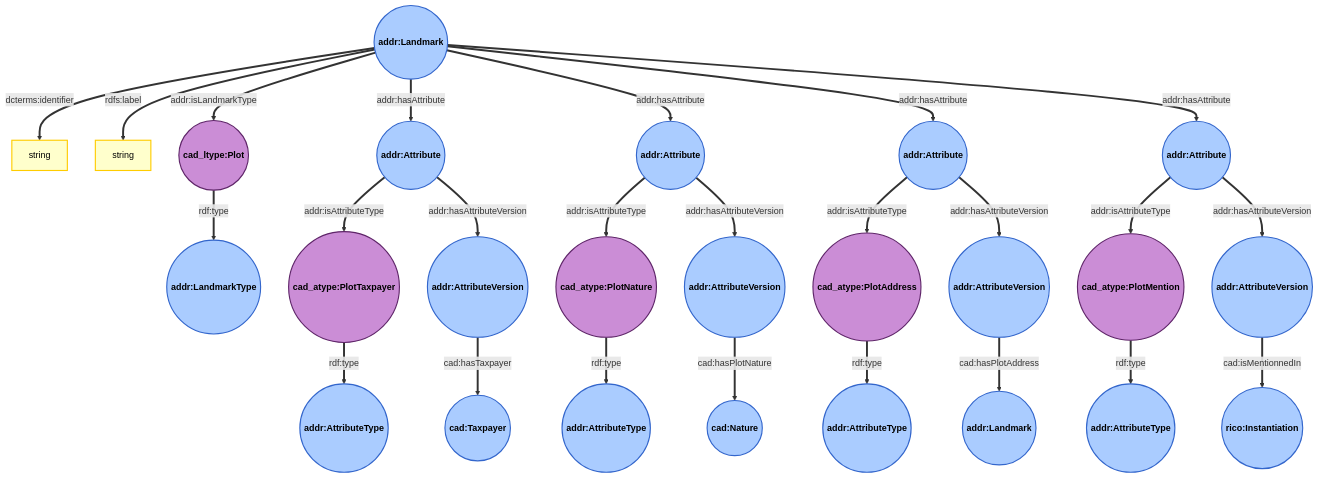
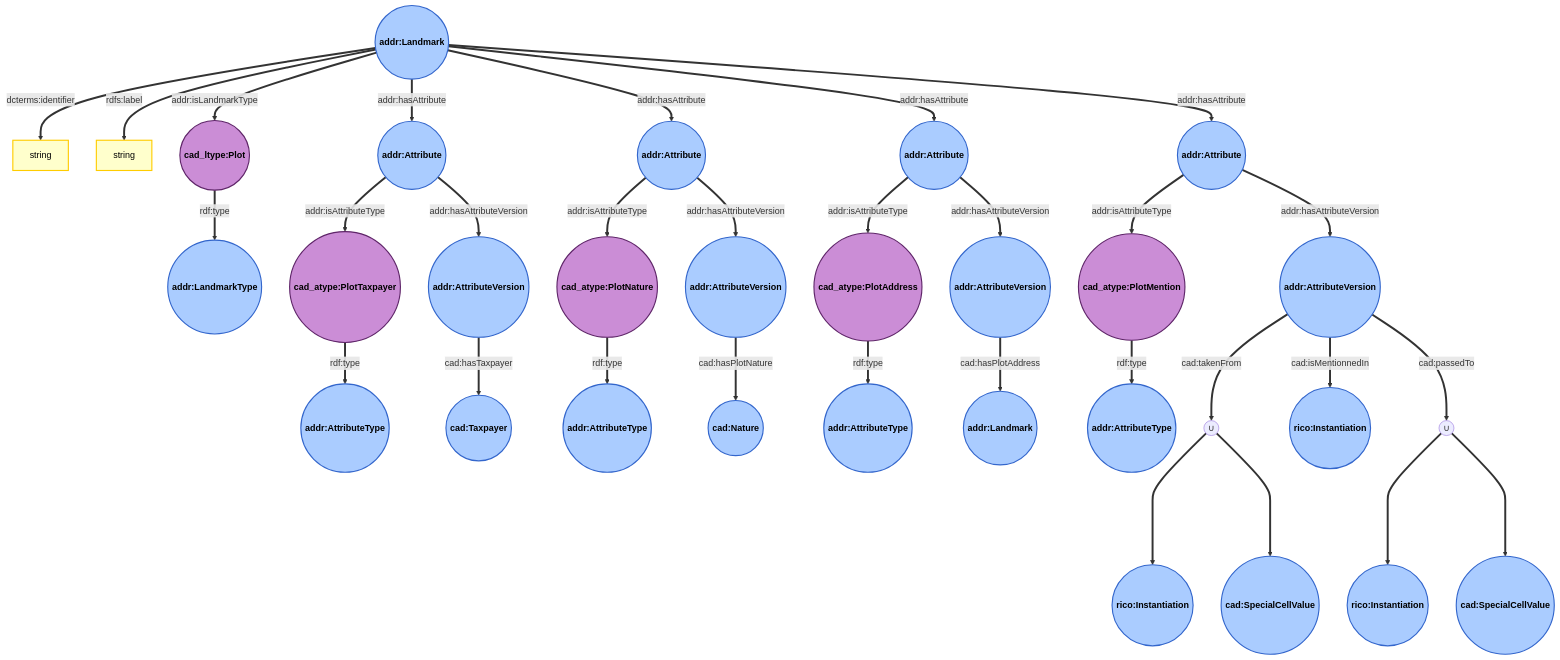
Before and after one commit to umrlastig/pegazus-ontology: the diagram in ontology/documentation/addresses_land_registry_extension/plots_schema.md, drawn with Mermaid. The commit also changed other lines of this file, not shown here.

Commit message:
Update land registry landmark documentation

````diff
--- a/ontology/documentation/addresses_land_registry_extension/plots_schema.md
+++ b/ontology/documentation/addresses_land_registry_extension/plots_schema.md
@@ -17,6 +17,8 @@
     PlotLabel["string"]
     PlotType(("cad_ltype:Plot"))
     addrLandmarkType(("addr:LandmarkType"))
+    UnionNodePrev(("∪"))
+    UnionNodeNext(("∪"))
 
     %%PlotSectionLR
     %%SectionId["string"]
@@ -49,6 +51,10 @@
     NatureValue(("cad:Nature"))
     AddressValue(("addr:Landmark"))
     MentionValue(("rico:Instantiation"))
+    PrevMentionValue(("rico:Instantiation"))
+    PrevSpecValue(("cad:SpecialCellValue"))
+    NextMentionValue(("rico:Instantiation"))
+    NextSpecValue(("cad:SpecialCellValue"))
 
     %% 2. Connect the unique IDs
     
@@ -80,9 +86,15 @@
     MentionAtt == "addr:isAttributeType" ==> MentionAttT
     MentionAttT == "rdf:type" ==> addrAttributeTypeM
     MentionAtt == "addr:hasAttributeVersion" ==> MentionAttV
+    MentionAttV == "cad:takenFrom" ==> UnionNodePrev
+    UnionNodePrev ====> PrevMentionValue
+    UnionNodePrev ====> PrevSpecValue
     MentionAttV == "cad:isMentionnedIn" ==> MentionValue
+    MentionAttV == "cad:passedTo" ==> UnionNodeNext
+    UnionNodeNext ====> NextMentionValue
+    UnionNodeNext ====> NextSpecValue
 
-    %% 3. Apply WebVOWL Style
+    %% 3. Style
     classDef vowlClass fill:#aaccff,stroke:#3366cc,stroke-width:2px,color:#000,font-weight:bold;
 
     classDef vowlClassInstance fill:#CB8DD6,stroke:#5F2569,stroke-width:2px,color:#000,font-weight:bold;
@@ -91,10 +103,16 @@
 
     classDef vowlThing fill:#f5f5f5,stroke:#999999,stroke-width:2px,stroke-dasharray: 4,color:#000,font-style:italic;
 
-    class LandmarkNode,PlotType,addrLandmarkType,NatureAtt,TaxpayerAtt,AddressAtt,MentionAtt,NatureAttV,TaxpayerAttV,AddressAttV,MentionAttV,TaxpayerValue,AddressValue,NatureValue,MentionValue,addrAttributeTypeA,addrAttributeTypeT,addrAttributeTypeN,addrAttributeTypeM vowlClass;
+    classDef vowlUnion fill:#aaccff,stroke:#3366cc,stroke-width:2px,color:#000,font-weight:bold;
 
-    class PlotType,NatureAttT,TaxpayerAttT,AddressAttT,MentionAttT,pNature vowlClassInstance;
+
+    %% 4. Style attributions
+    class LandmarkNode,PlotType,addrLandmarkType,NatureAtt,TaxpayerAtt,AddressAtt,MentionAtt,NatureAttV,TaxpayerAttV,AddressAttV,MentionAttV,TaxpayerValue,AddressValue,NatureValue,MentionValue,PrevMentionValue,NextMentionValue,PrevSpecValue,NextSpecValue,addrAttributeTypeA,addrAttributeTypeT,addrAttributeTypeN,addrAttributeTypeM vowlClass;
+
+    class PlotType,NatureAttT,TaxpayerAttT,AddressAttT,MentionAttT,pNature, vowlClassInstance;
 
     class PlotId,PlotLabel vowlLiteral;
+
+    class UnionNode vowlUnion;
     %%class  vowlThing;
 ```
````
